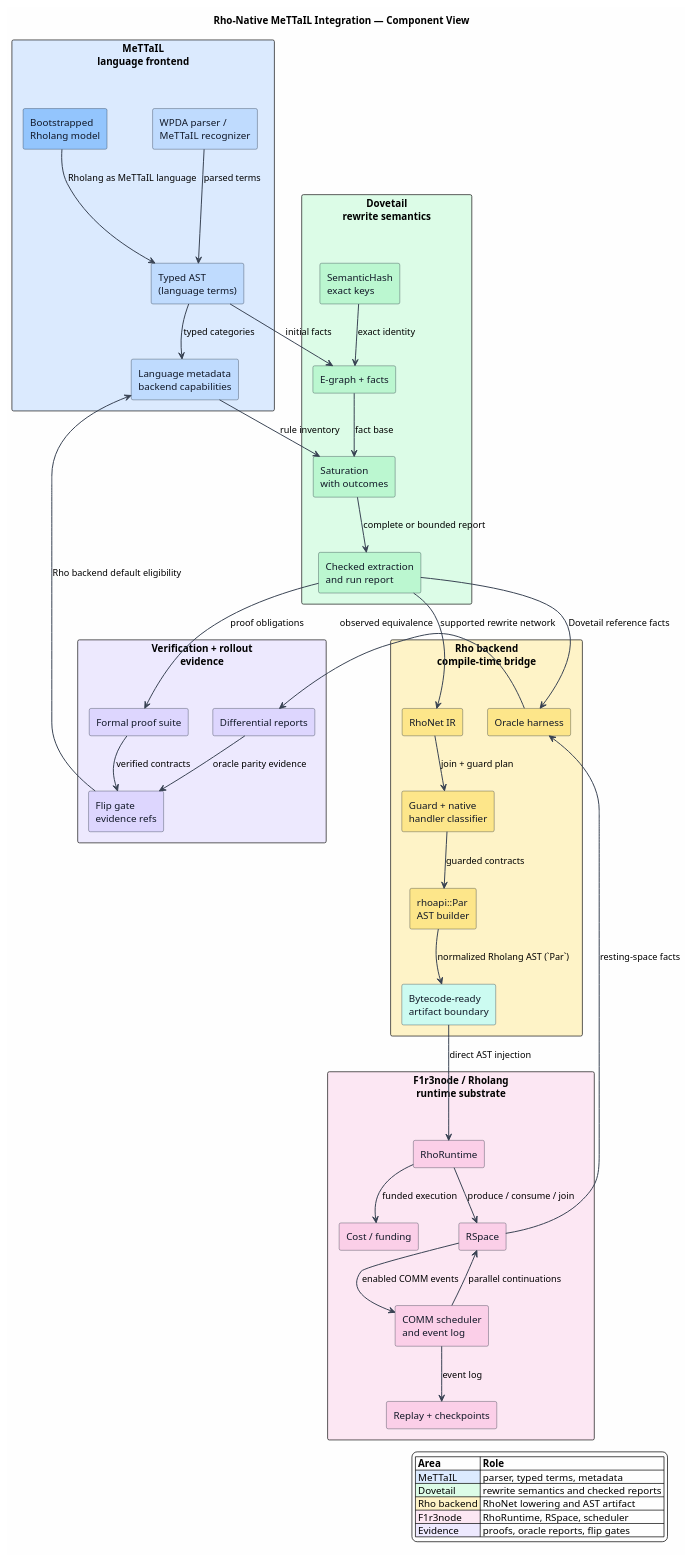
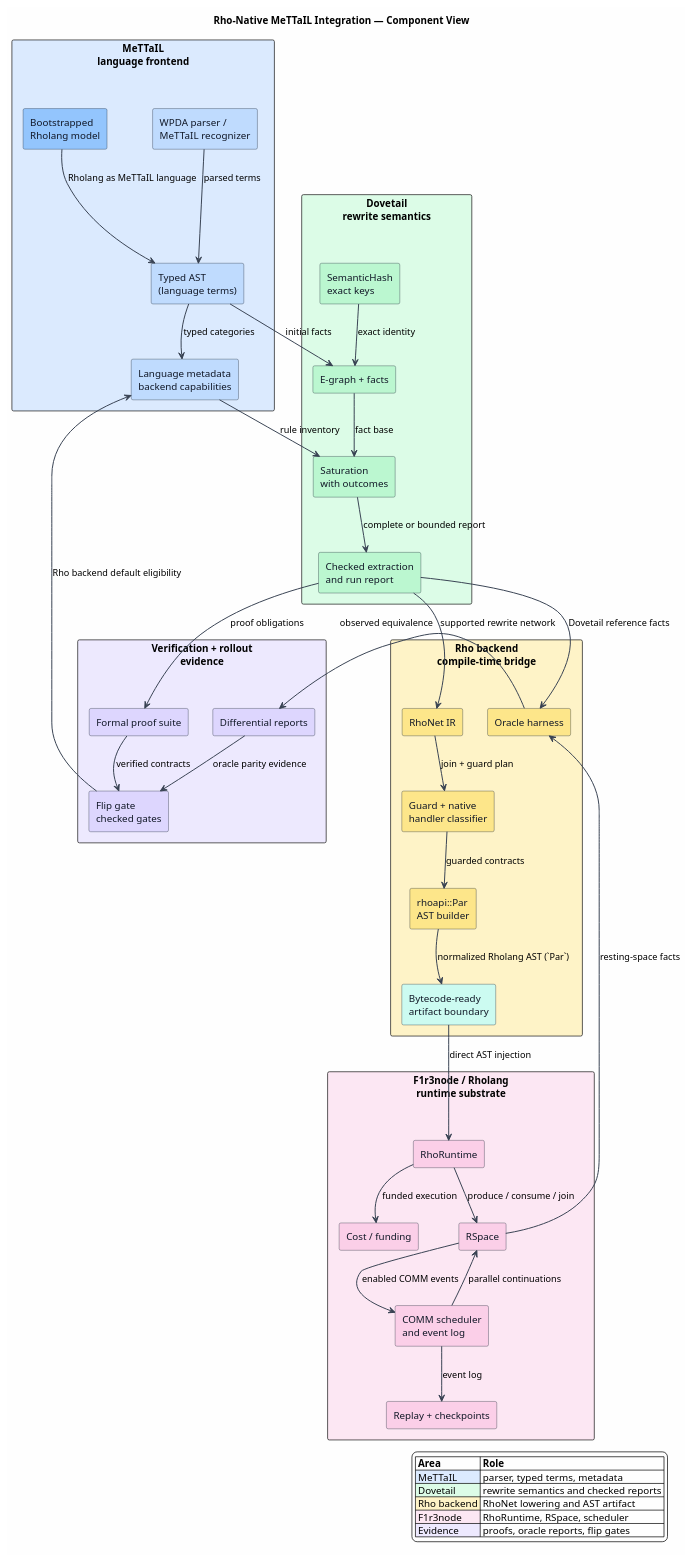
Before and after one commit to F1R3FLY-io/mettail-rust: the diagram in docs/architecture/rho-native-integration/figures/README.puml, drawn with PlantUML. The commit also changed 28 other files, not shown here.

```diff
--- a/docs/architecture/rho-native-integration/figures/README.puml
+++ b/docs/architecture/rho-native-integration/figures/README.puml
@@ -1,84 +1,84 @@
 @startuml
 title Rho-Native MeTTaIL Integration — Component View
 
 skinparam backgroundColor #FEFEFE
 skinparam componentStyle rectangle
 skinparam shadowing false
 skinparam ArrowColor #374151
 skinparam ArrowThickness 1.4
 skinparam component {
   BorderColor #1F2937
   FontColor #111827
 }
 
 rectangle "MeTTaIL\nlanguage frontend" as M #DBEAFE {
   component "WPDA parser /\nMeTTaIL recognizer" as Parser #BFDBFE
   component "Typed AST\n(language terms)" as AST #BFDBFE
   component "Language metadata\nbackend capabilities" as Metadata #BFDBFE
   component "Bootstrapped\nRholang model" as RhoModel #93C5FD
 }
 
 rectangle "Dovetail\nrewrite semantics" as D #DCFCE7 {
   component "SemanticHash\nexact keys" as Keys #BBF7D0
   component "E-graph + facts" as EGraph #BBF7D0
   component "Saturation\nwith outcomes" as Saturation #BBF7D0
   component "Checked extraction\nand run report" as Report #BBF7D0
 }
 
 rectangle "Rho backend\ncompile-time bridge" as B #FEF3C7 {
   component "RhoNet IR" as RhoNet #FDE68A
   component "Guard + native\nhandler classifier" as Guards #FDE68A
   component "rhoapi::Par\nAST builder" as AstBuilder #FDE68A
   component "Bytecode-ready\nartifact boundary" as Artifact #CCFBF1
   component "Oracle harness" as Oracle #FDE68A
 }
 
 rectangle "F1r3node / Rholang\nruntime substrate" as F #FCE7F3 {
   component "RhoRuntime" as Runtime #FBCFE8
   component "RSpace" as RSpace #FBCFE8
   component "COMM scheduler\nand event log" as Scheduler #FBCFE8
   component "Replay + checkpoints" as Replay #FBCFE8
   component "Cost / funding" as Cost #FBCFE8
 }
 
 rectangle "Verification + rollout\nevidence" as V #EDE9FE {
   component "Formal proof suite" as Formal #DDD6FE
   component "Differential reports" as Diff #DDD6FE
-  component "Flip gate\nevidence refs" as Gate #DDD6FE
+  component "Flip gate\nchecked gates" as Gate #DDD6FE
 }
 
 Parser --> AST : parsed terms
 AST --> Metadata : typed categories
 RhoModel --> AST : Rholang as MeTTaIL language
 AST --> EGraph : initial facts
 Metadata --> Saturation : rule inventory
 Keys --> EGraph : exact identity
 EGraph --> Saturation : fact base
 Saturation --> Report : complete or bounded report
 Report --> RhoNet : supported rewrite network
 RhoNet --> Guards : join + guard plan
 Guards --> AstBuilder : guarded contracts
 AstBuilder --> Artifact : normalized Rholang AST (`Par`)
 Artifact --> Runtime : direct AST injection
 Runtime --> RSpace : produce / consume / join
 RSpace --> Scheduler : enabled COMM events
 Scheduler --> RSpace : parallel continuations
 Scheduler --> Replay : event log
 Runtime --> Cost : funded execution
 RSpace --> Oracle : resting-space facts
 Report --> Oracle : Dovetail reference facts
 Oracle --> Diff : observed equivalence
 Report --> Formal : proof obligations
 Formal --> Gate : verified contracts
 Diff --> Gate : oracle parity evidence
 Gate --> Metadata : Rho backend default eligibility
 
 legend right
 |= Area |= Role |
 |<#DBEAFE> MeTTaIL | parser, typed terms, metadata |
 |<#DCFCE7> Dovetail | rewrite semantics and checked reports |
 |<#FEF3C7> Rho backend | RhoNet lowering and AST artifact |
 |<#FCE7F3> F1r3node | RhoRuntime, RSpace, scheduler |
 |<#EDE9FE> Evidence | proofs, oracle reports, flip gates |
 endlegend
 @enduml
```
